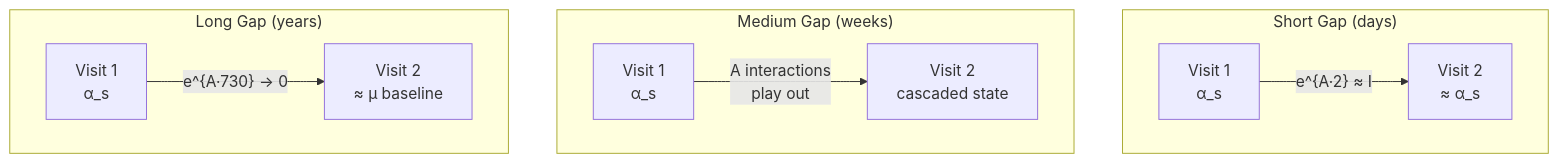
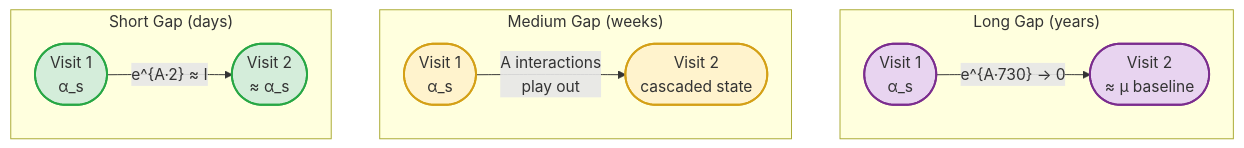
Before and after one commit to oneilsh/topic-state-space-modeling: the third of 7 diagrams in TOPIC_STATE_MODELING.md, drawn with Mermaid. The commit also changed other lines of this file and 5 other files, not shown here.

````diff
--- a/TOPIC_STATE_MODELING.md
+++ b/TOPIC_STATE_MODELING.md
@@ -322,14 +325,24 @@
 ```mermaid
-graph TB
-    subgraph "Short Gap (days)"
-        S1[Visit 1<br/>α_s] -->|"e^{A·2} ≈ I"| S2[Visit 2<br/>≈ α_s]
+graph LR
+    subgraph SHORT ["Short Gap (days)"]
+        S1(["Visit 1<br/>α_s"]) -->|"e^{A·2} ≈ I"| S2(["Visit 2<br/>≈ α_s"])
     end
 
-    subgraph "Medium Gap (weeks)"
-        M1[Visit 1<br/>α_s] -->|"A interactions<br/>play out"| M2[Visit 2<br/>cascaded state]
+    subgraph MEDIUM ["Medium Gap (weeks)"]
+        M1(["Visit 1<br/>α_s"]) -->|"A interactions<br/>play out"| M2(["Visit 2<br/>cascaded state"])
     end
 
-    subgraph "Long Gap (years)"
-        L1[Visit 1<br/>α_s] -->|"e^{A·730} → 0"| L2[Visit 2<br/>≈ μ baseline]
+    subgraph LONG ["Long Gap (years)"]
+        L1(["Visit 1<br/>α_s"]) -->|"e^{A·730} → 0"| L2(["Visit 2<br/>≈ μ baseline"])
     end
+
+    S2 ~~~ M1
+    M2 ~~~ L1
+
+    style S1 fill:#d4edda,stroke:#28a745,stroke-width:2px
+    style S2 fill:#d4edda,stroke:#28a745,stroke-width:2px
+    style M1 fill:#fff3cd,stroke:#d4a017,stroke-width:2px
+    style M2 fill:#fff3cd,stroke:#d4a017,stroke-width:2px
+    style L1 fill:#e8d4f0,stroke:#7b2d8e,stroke-width:2px
+    style L2 fill:#e8d4f0,stroke:#7b2d8e,stroke-width:2px
 ```
````
